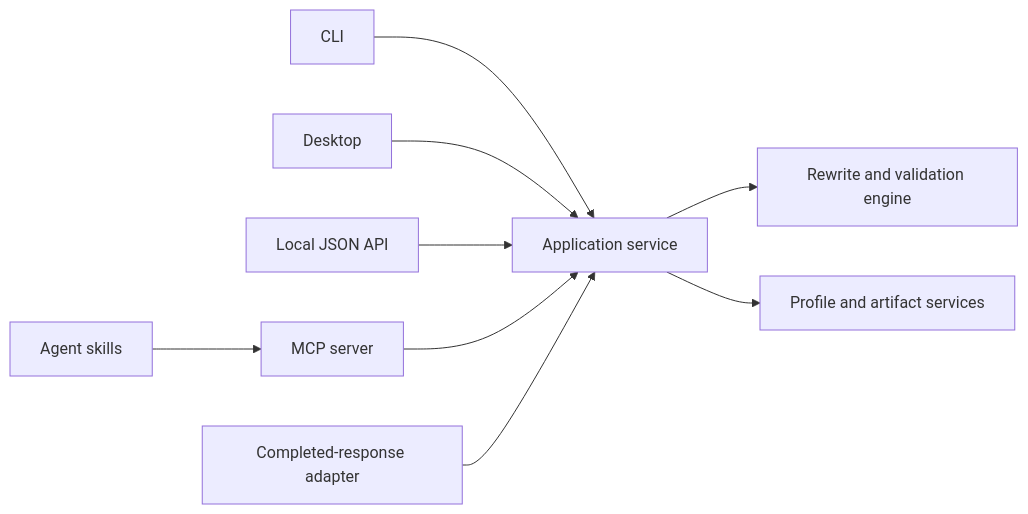
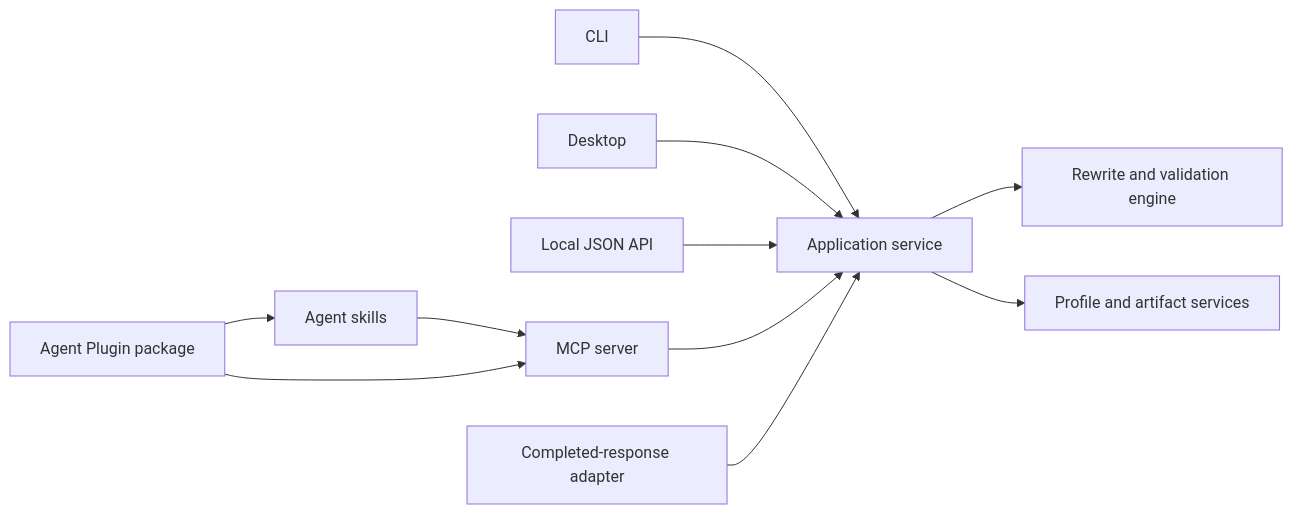
One commit to blisspixel/retonr changed the diagram in docs/interfaces.md. Above: the diagram before and after it, drawn with Mermaid. The commit also changed other lines of this file and 52 other files, not shown here.

Commit message:
Define reference-grade roadmap and evaluation corpus

````diff
--- a/docs/interfaces.md
+++ b/docs/interfaces.md
@@ -10,11 +11,13 @@
 ```mermaid
 flowchart LR
     CLI["CLI"] --> Service["Application service"]
     Desktop["Desktop"] --> Service
     API["Local JSON API"] --> Service
     MCP["MCP server"] --> Service
     Skills["Agent skills"] --> MCP
+    Plugin["Agent Plugin package"] --> Skills
+    Plugin --> MCP
     Compat["Completed-response adapter"] --> Service
     Service --> Engine["Rewrite and validation engine"]
     Service --> Profiles["Profile and artifact services"]
 ```
````
